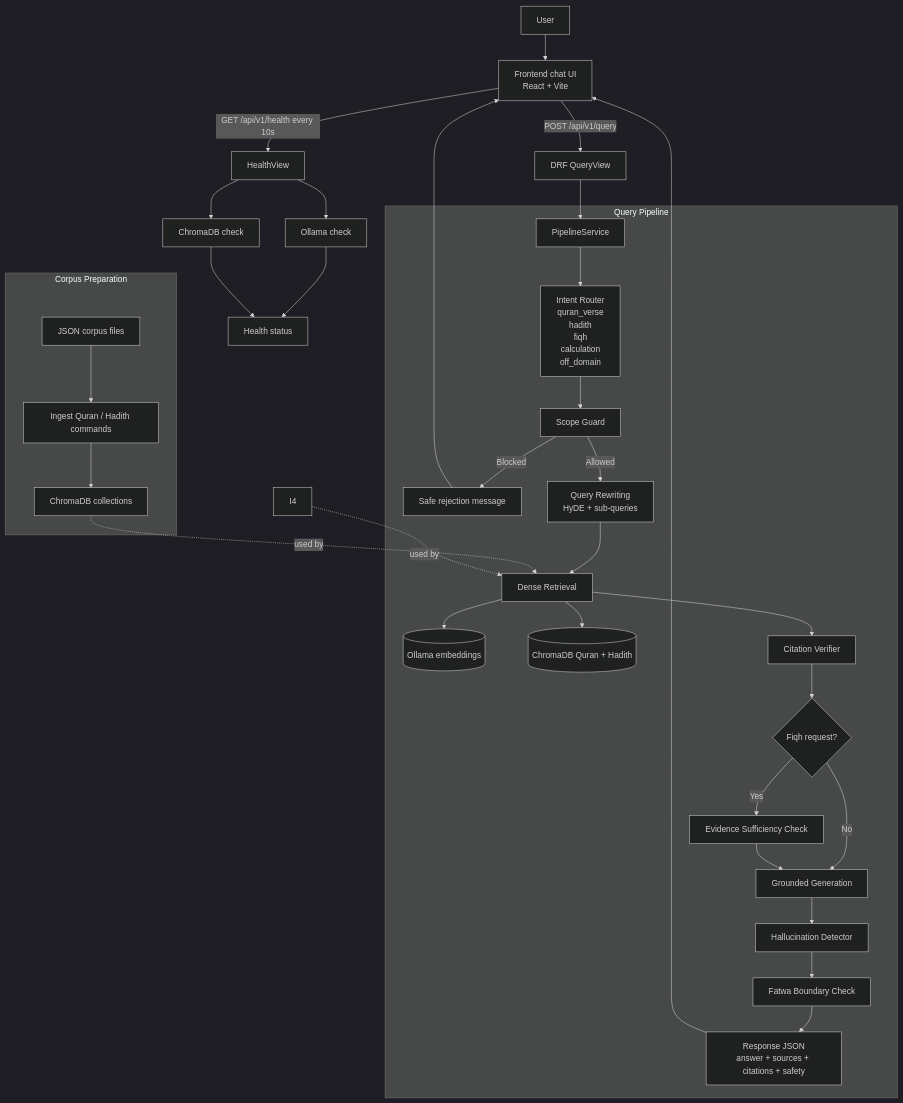
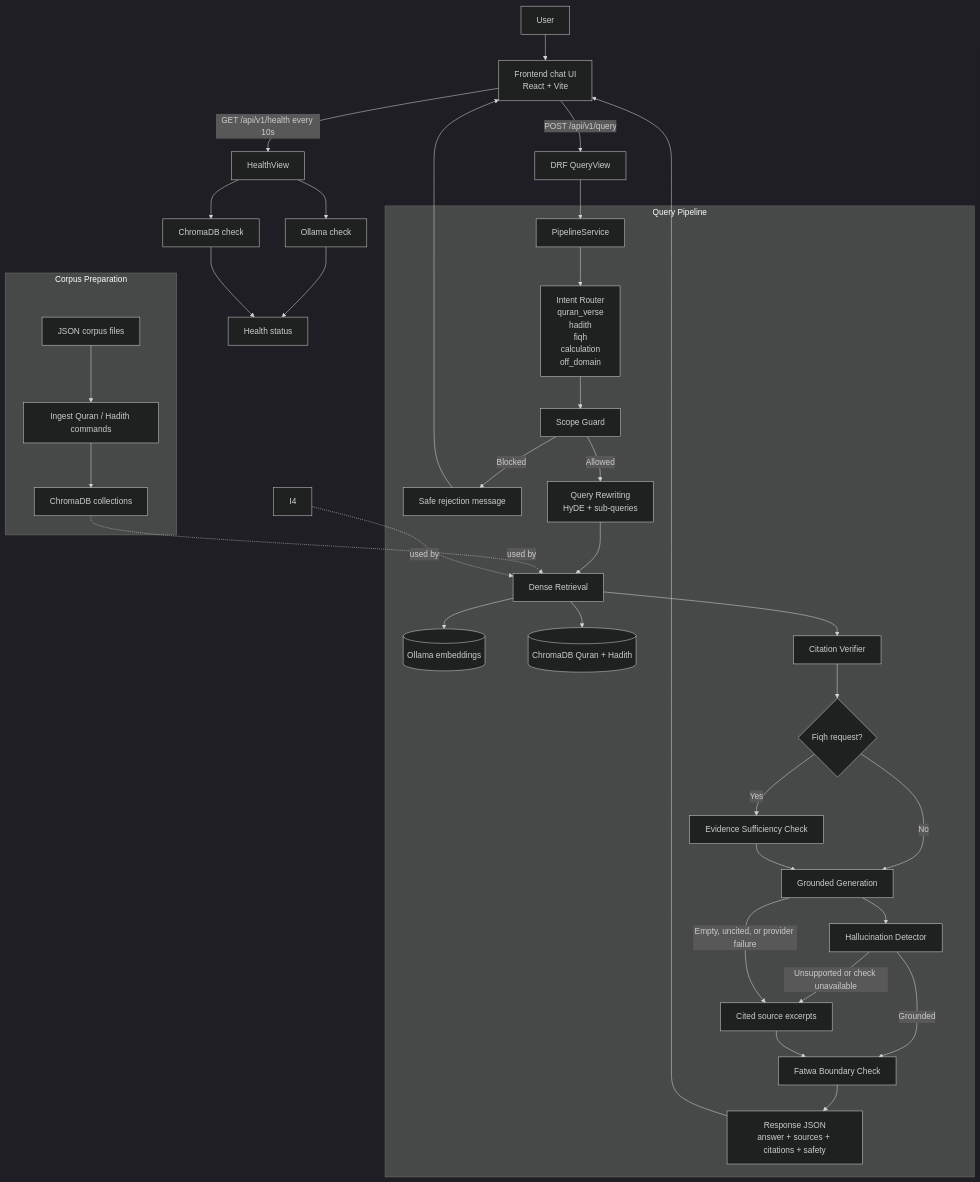
Before and after one commit to thirza258/divinityai: the diagram in README.md, drawn with Mermaid (dark theme). The commit also changed other lines of this file and 9 other files, not shown here.

````diff
--- a/README.md
+++ b/README.md
@@ -10,42 +10,45 @@
 ```mermaid
 flowchart TD
     U[User] --> F["Frontend chat UI<br/>React + Vite"]
     F -->|POST /api/v1/query| Q[DRF QueryView]
     Q --> P[PipelineService]
 
     F -->|GET /api/v1/health every 10s| H[HealthView]
 
     subgraph Query_Pipeline[Query Pipeline]
         P --> I["Intent Router<br/>quran_verse<br/>hadith<br/>fiqh<br/>calculation<br/>off_domain"]
         I --> S[Scope Guard]
         S -->|Blocked| B[Safe rejection message]
         S -->|Allowed| R["Query Rewriting<br/>HyDE + sub-queries"]
         R --> D[Dense Retrieval]
         D --> O[(Ollama embeddings)]
         D --> C[(ChromaDB Quran + Hadith)]
         D --> V[Citation Verifier]
         V --> E{Fiqh request?}
         E -->|Yes| EC[Evidence Sufficiency Check]
         E -->|No| G[Grounded Generation]
         EC --> G
         G --> H1[Hallucination Detector]
-        H1 --> F1[Fatwa Boundary Check]
+        H1 -->|Grounded| F1[Fatwa Boundary Check]
+        H1 -->|Unsupported or check unavailable| CF[Cited source excerpts]
+        G -->|Empty, uncited, or provider failure| CF
+        CF --> F1
         F1 --> R1["Response JSON<br/>answer + sources + citations + safety"]
     end
 
     H --> HO[Ollama check]
     H --> HC[ChromaDB check]
     HO --> HS[Health status]
     HC --> HS
 
     R1 --> F
     B --> F
 
     subgraph Ingestion[Corpus Preparation]
         I1[JSON corpus files] --> I2["Ingest Quran / Hadith commands"]
         I2 --> I3[ChromaDB collections]
     end
 
     I3 -. used by .-> D
     I4 -. used by .-> D
 ```
````
